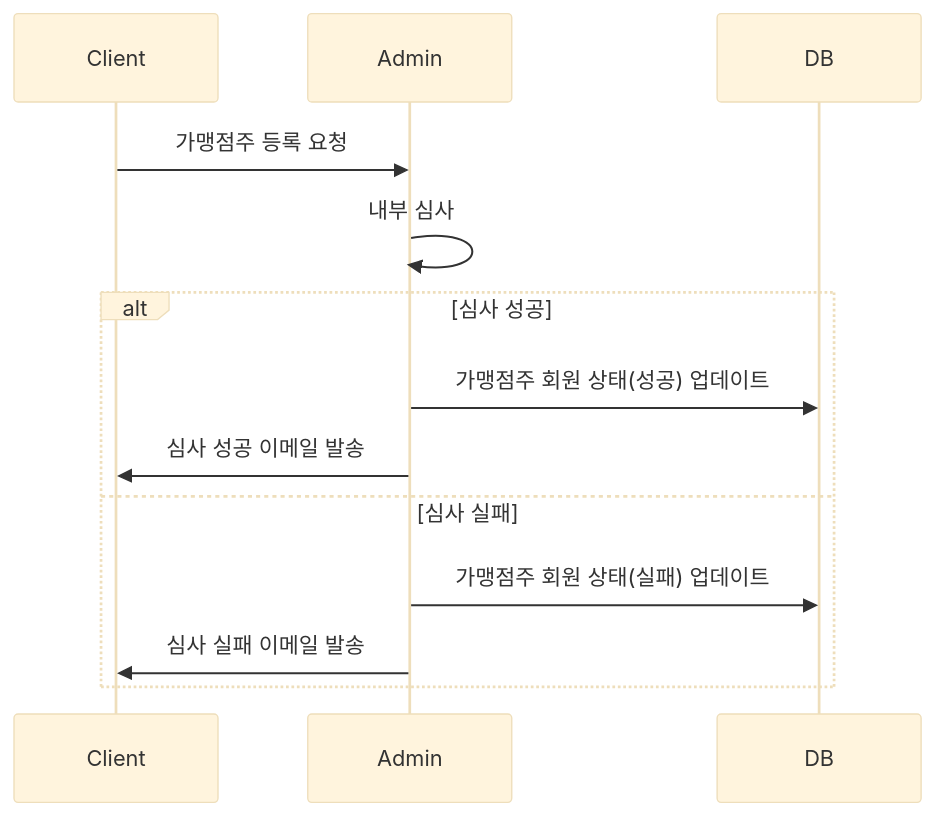
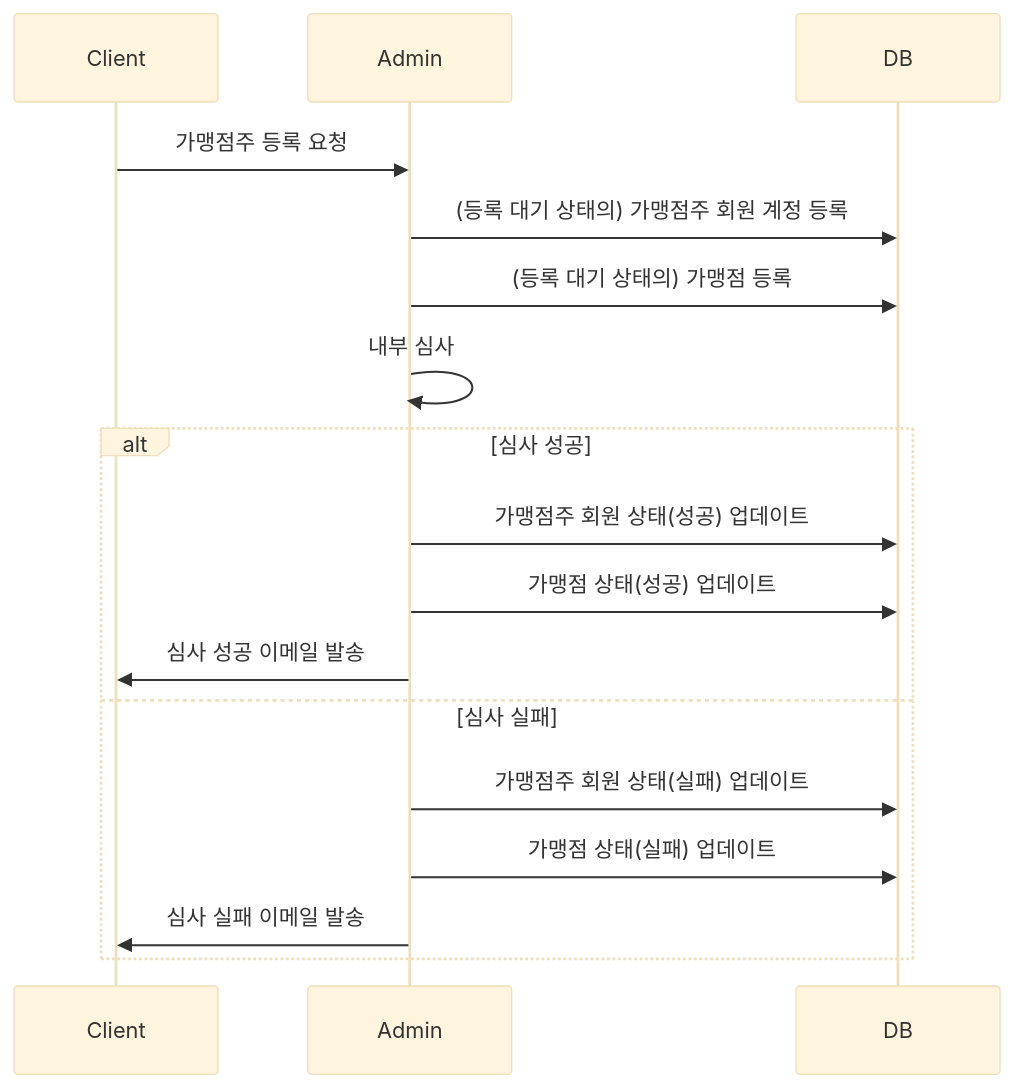
Before and after one commit to sungjunjin/til: the seventh of 7 diagrams in project/project_api.md, drawn with Mermaid (base theme). The commit also changed other lines of this file, not shown here.

````diff
--- a/project/project_api.md
+++ b/project/project_api.md
@@ -247,14 +725,18 @@
             ```mermaid
             
             sequenceDiagram
                 Client->> Admin : 가맹점주 등록 요청
+                Admin ->> DB : (등록 대기 상태의) 가맹점주 회원 계정 등록
+                Admin ->> DB : (등록 대기 상태의) 가맹점 등록
                 Admin ->> Admin : 내부 심사
             	    
             	  alt 심사 성공
             	    Admin ->> DB : 가맹점주 회원 상태(성공) 업데이트
+                    Admin ->> DB : 가맹점 상태(성공) 업데이트
             	    Admin ->> Client : 심사 성공 이메일 발송
             		else 심사 실패
             	    Admin ->> DB : 가맹점주 회원 상태(실패) 업데이트
+                    Admin ->> DB : 가맹점 상태(실패) 업데이트
             		  Admin ->> Client : 심사 실패 이메일 발송
             	  end
             ```
````
